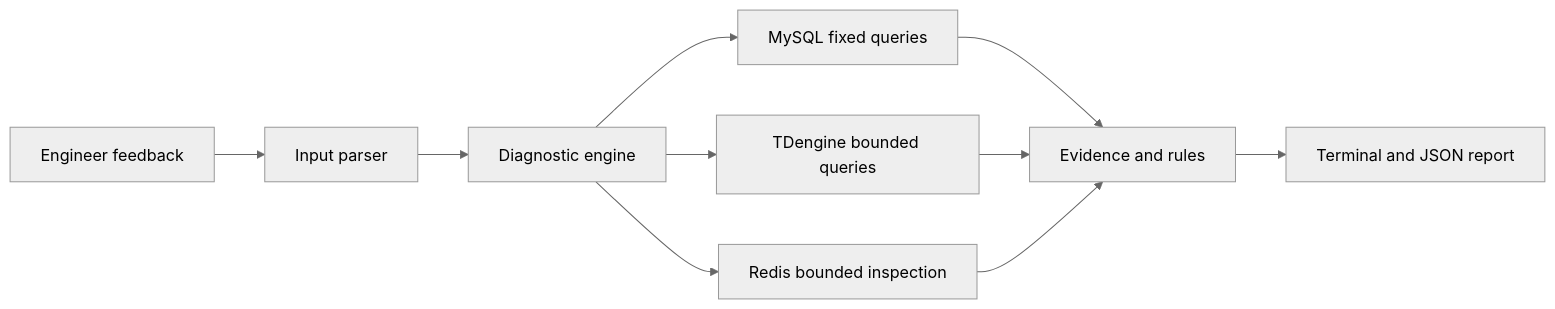
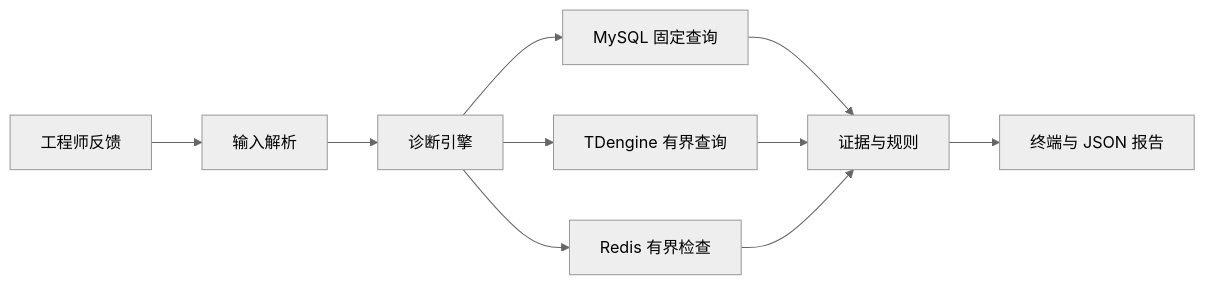
The diagram in docs/architecture.md (kilbertert/AI-Ops), drawn with Mermaid (neutral theme) before and after one commit. The commit also changed other lines of this file and 8 other files, not shown here.

````diff
--- a/docs/architecture.md
+++ b/docs/architecture.md
@@ -5,12 +5,12 @@
 ```mermaid
 flowchart LR
-    U[Engineer feedback] --> P[Input parser]
-    P --> E[Diagnostic engine]
-    E --> M[MySQL fixed queries]
-    E --> T[TDengine bounded queries]
-    E --> R[Redis bounded inspection]
-    M --> Q[Evidence and rules]
+    U[工程师反馈] --> P[输入解析]
+    P --> E[诊断引擎]
+    E --> M[MySQL 固定查询]
+    E --> T[TDengine 有界查询]
+    E --> R[Redis 有界检查]
+    M --> Q[证据与规则]
     T --> Q
     R --> Q
-    Q --> O[Terminal and JSON report]
+    Q --> O[终端与 JSON 报告]
 ```
````
